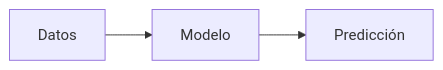
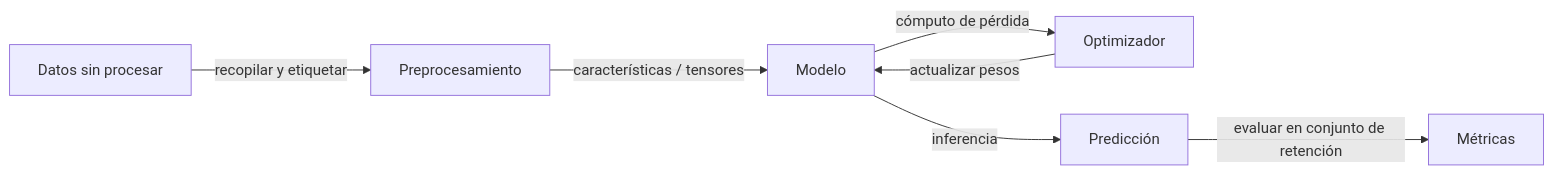
The diagram in i18n/es/docusaurus-plugin-content-docs/current/fundamentals/index.md (EmersonBraun/ai-summary-hub), drawn with Mermaid before and after one commit. The commit also changed other lines of this file and 242 other files, not shown here.

````diff
--- a/i18n/es/docusaurus-plugin-content-docs/current/fundamentals/index.md
+++ b/i18n/es/docusaurus-plugin-content-docs/current/fundamentals/index.md
@@ -17,5 +21,9 @@
 ```mermaid
 flowchart LR
-  Data[Datos] --> Model[Modelo]
-  Model --> Prediction[Predicción]
+  Data[Datos sin procesar] -->|recopilar y etiquetar| Preprocess[Preprocesamiento]
+  Preprocess -->|características / tensores| Model[Modelo]
+  Model -->|cómputo de pérdida| Optimizer[Optimizador]
+  Optimizer -->|actualizar pesos| Model
+  Model -->|inferencia| Prediction[Predicción]
+  Prediction -->|evaluar en conjunto de retención| Metrics[Métricas]
 ```
````
